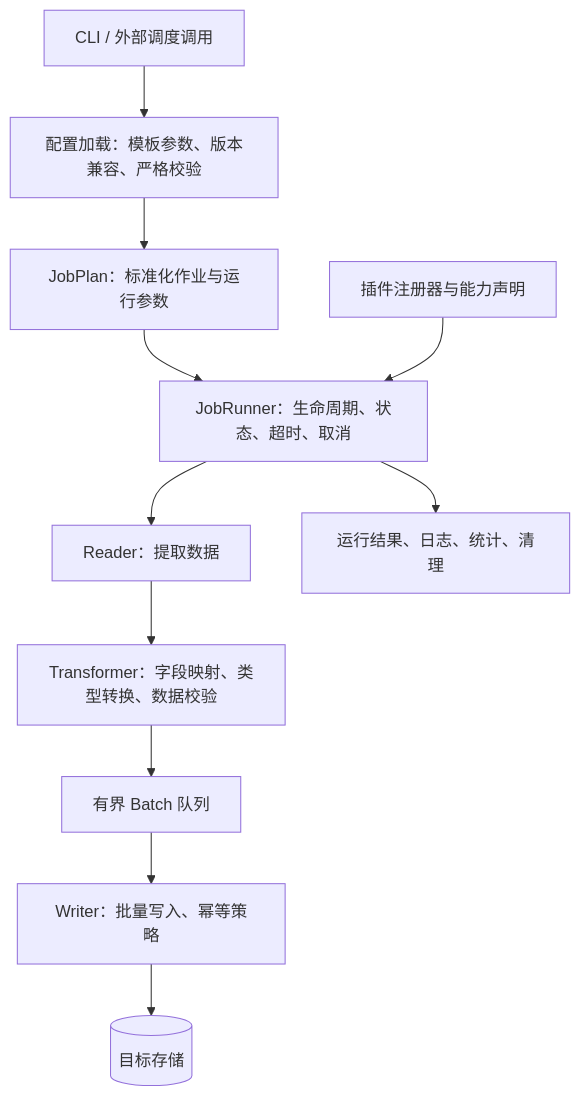
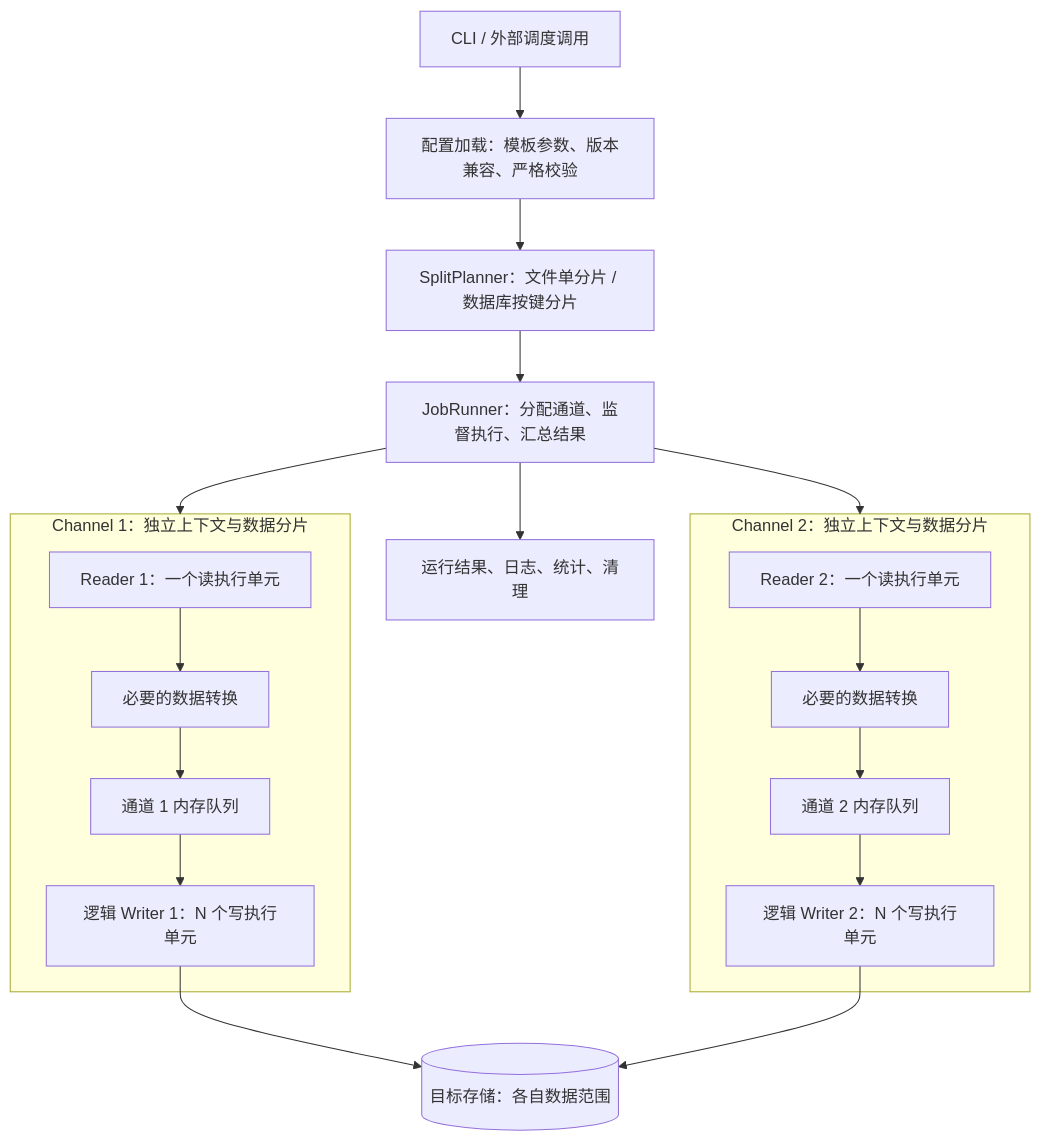
Before and after one commit to jingtinghe0014/dataxsl: the second of 2 diagrams in docs/architecture.md, drawn with Mermaid. The commit also changed other lines of this file and 33 other files, not shown here.

````diff
--- a/docs/architecture.md
+++ b/docs/architecture.md
@@ -281,13 +299,21 @@
 ```mermaid
 flowchart TD
     CLI["CLI / 外部调度调用"] --> LOADER["配置加载：模板参数、版本兼容、严格校验"]
-    LOADER --> PLAN["JobPlan：标准化作业与运行参数"]
-    PLAN --> RUN["JobRunner：生命周期、状态、超时、取消"]
-    REG["插件注册器与能力声明"] --> RUN
-    RUN --> READER["Reader：提取数据"]
-    READER --> TRANS["Transformer：字段映射、类型转换、数据校验"]
-    TRANS --> QUEUE["有界 Batch 队列"]
-    QUEUE --> WRITER["Writer：批量写入、幂等策略"]
-    WRITER --> TARGET[(目标存储)]
+    LOADER --> PLAN["SplitPlanner：文件单分片 / 数据库按键分片"]
+    PLAN --> RUN["JobRunner：分配通道、监督执行、汇总结果"]
+    RUN --> C1
+    RUN --> C2
+    subgraph C1["Channel 1：独立上下文与数据分片"]
+        R1["Reader 1：一个读执行单元"] --> T1["必要的数据转换"]
+        T1 --> Q1["通道 1 内存队列"]
+        Q1 --> W1["逻辑 Writer 1：N 个写执行单元"]
+    end
+    subgraph C2["Channel 2：独立上下文与数据分片"]
+        R2["Reader 2：一个读执行单元"] --> T2["必要的数据转换"]
+        T2 --> Q2["通道 2 内存队列"]
+        Q2 --> W2["逻辑 Writer 2：N 个写执行单元"]
+    end
+    W1 --> TARGET[(目标存储：各自数据范围)]
+    W2 --> TARGET
     RUN --> STATUS["运行结果、日志、统计、清理"]
 ```
````
